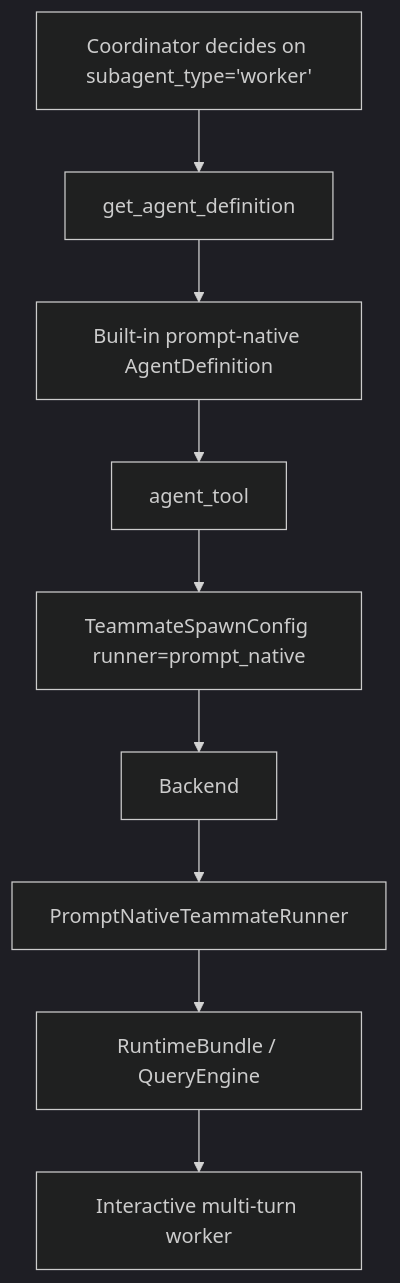
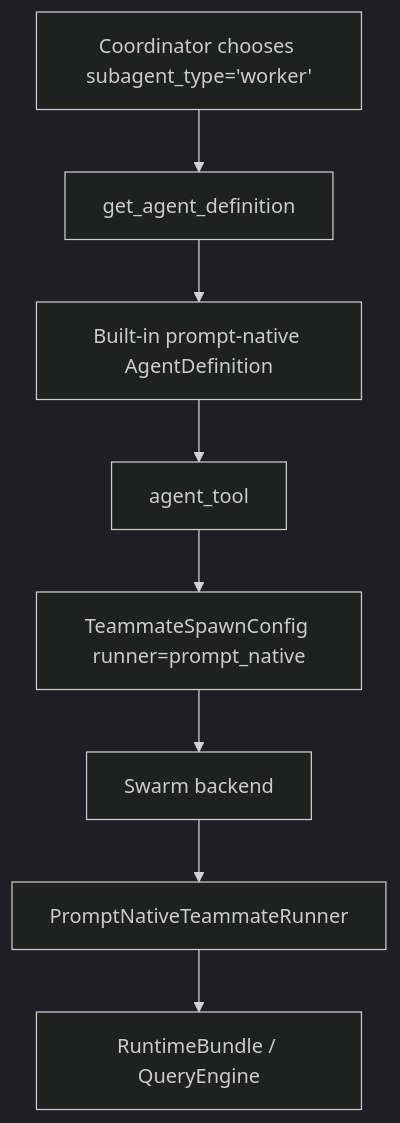
One commit to pierg/OpenHarness changed the fourth of 4 diagrams in docs/agent-system.md. Above: the diagram before and after it, drawn with Mermaid (dark theme). The commit also changed other lines of this file and 19 other files, not shown here.

````diff
--- a/docs/agent-system.md
+++ b/docs/agent-system.md
@@ -451,11 +407,10 @@
 ```mermaid
 flowchart TD
-    A["Coordinator decides on subagent_type='worker'"] --> B["get_agent_definition"]
+    A["Coordinator chooses subagent_type='worker'"] --> B["get_agent_definition"]
     B --> C["Built-in prompt-native AgentDefinition"]
     C --> D["agent_tool"]
     D --> E["TeammateSpawnConfig runner=prompt_native"]
-    E --> F["Backend"]
+    E --> F["Swarm backend"]
     F --> G["PromptNativeTeammateRunner"]
     G --> H["RuntimeBundle / QueryEngine"]
-    H --> I["Interactive multi-turn worker"]
 ```
````
